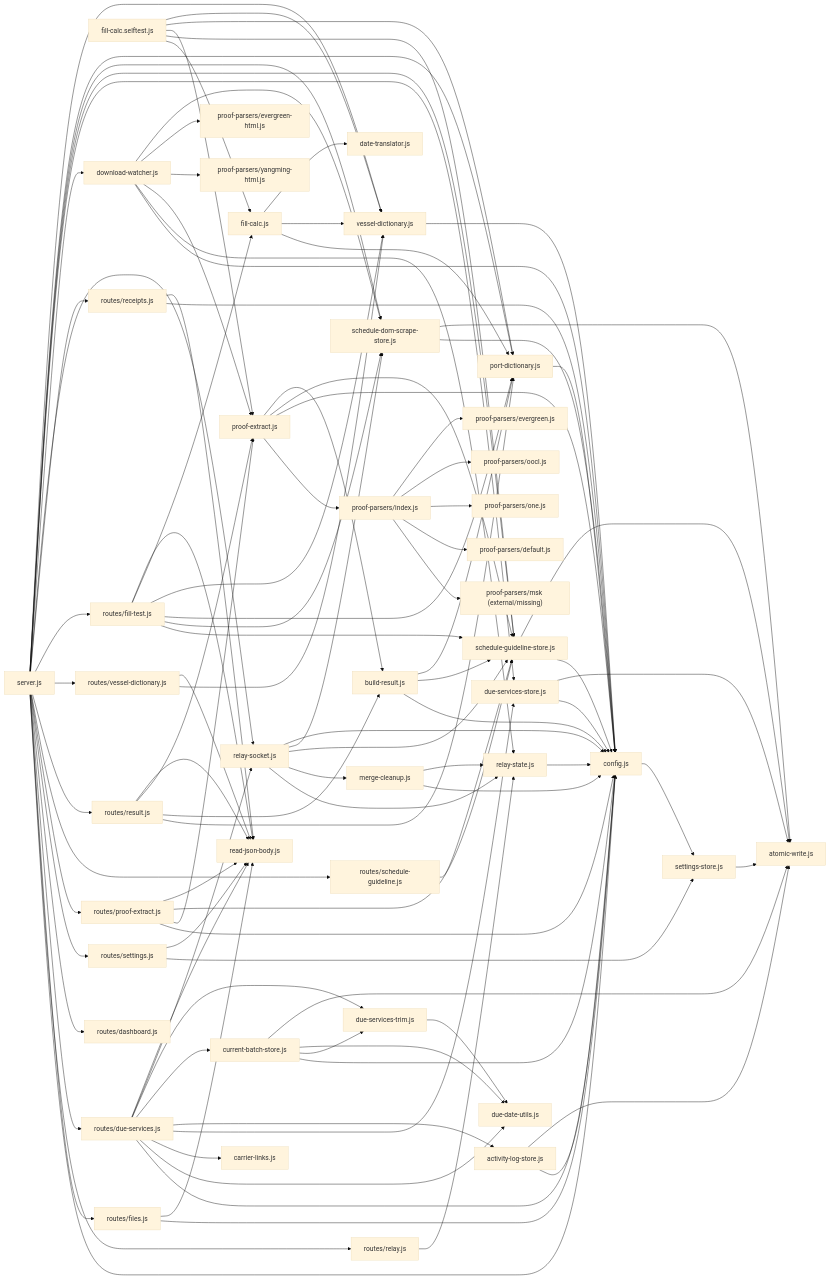
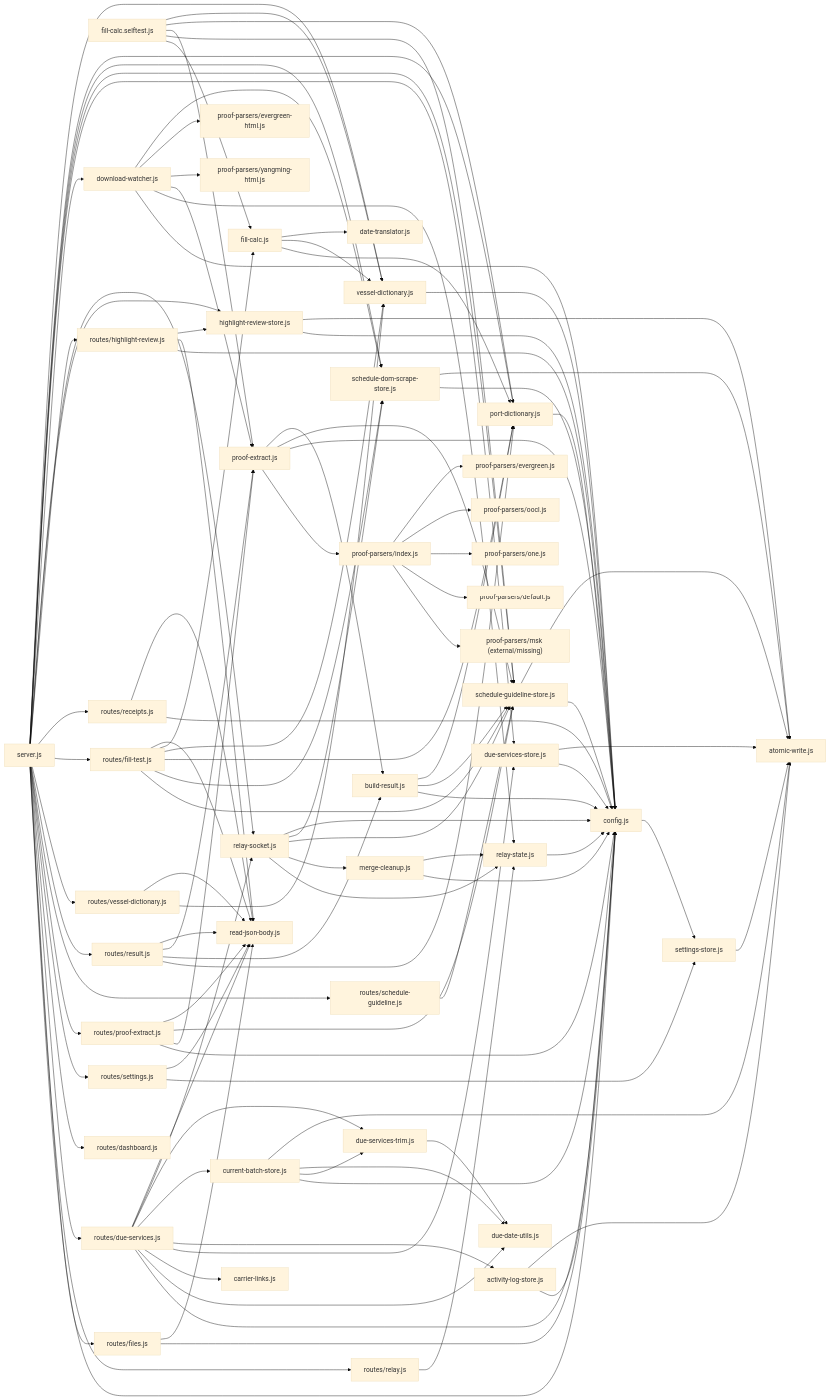
The second of 2 diagrams in CODEMAP.md (Te1k41/data-entry-helper), drawn with Mermaid (base theme) before and after one commit. The commit also changed other lines of this file and 10 other files, not shown here.

First line of the commit message:
Highlight Review page: label the highlight logic's picks right/wrong

```diff
--- a/CODEMAP.md
+++ b/CODEMAP.md
@@ -374,6 +375,8 @@
   fill_calc_selftest_js["fill-calc.selftest.js"] --> proof_extract_js["proof-extract.js"]
   fill_calc_selftest_js["fill-calc.selftest.js"] --> port_dictionary_js["port-dictionary.js"]
   fill_calc_selftest_js["fill-calc.selftest.js"] --> vessel_dictionary_js["vessel-dictionary.js"]
+  highlight_review_store_js["highlight-review-store.js"] --> config_js["config.js"]
+  highlight_review_store_js["highlight-review-store.js"] --> atomic_write_js["atomic-write.js"]
   merge_cleanup_js["merge-cleanup.js"] --> config_js["config.js"]
   merge_cleanup_js["merge-cleanup.js"] --> relay_state_js["relay-state.js"]
   port_dictionary_js["port-dictionary.js"] --> config_js["config.js"]
@@ -409,6 +412,9 @@
   routes_fill_test_js["routes/fill-test.js"] --> vessel_dictionary_js["vessel-dictionary.js"]
   routes_fill_test_js["routes/fill-test.js"] --> fill_calc_js["fill-calc.js"]
   routes_fill_test_js["routes/fill-test.js"] --> read_json_body_js["read-json-body.js"]
+  routes_highlight_review_js["routes/highlight-review.js"] --> config_js["config.js"]
+  routes_highlight_review_js["routes/highlight-review.js"] --> read_json_body_js["read-json-body.js"]
+  routes_highlight_review_js["routes/highlight-review.js"] --> highlight_review_store_js["highlight-review-store.js"]
   routes_proof_extract_js["routes/proof-extract.js"] --> config_js["config.js"]
   routes_proof_extract_js["routes/proof-extract.js"] --> proof_extract_js["proof-extract.js"]
   routes_proof_extract_js["routes/proof-extract.js"] --> schedule_guideline_store_js["schedule-guideline-store.js"]
@@ -441,6 +447,8 @@
   server_js["server.js"] --> routes_vessel_dictionary_js["routes/vessel-dictionary.js"]
   server_js["server.js"] --> routes_fill_test_js["routes/fill-test.js"]
   server_js["server.js"] --> routes_receipts_js["routes/receipts.js"]
+  server_js["server.js"] --> routes_highlight_review_js["routes/highlight-review.js"]
+  server_js["server.js"] --> highlight_review_store_js["highlight-review-store.js"]
   server_js["server.js"] --> relay_socket_js["relay-socket.js"]
   server_js["server.js"] --> download_watcher_js["download-watcher.js"]
   server_js["server.js"] --> due_services_store_js["due-services-store.js"]
```
